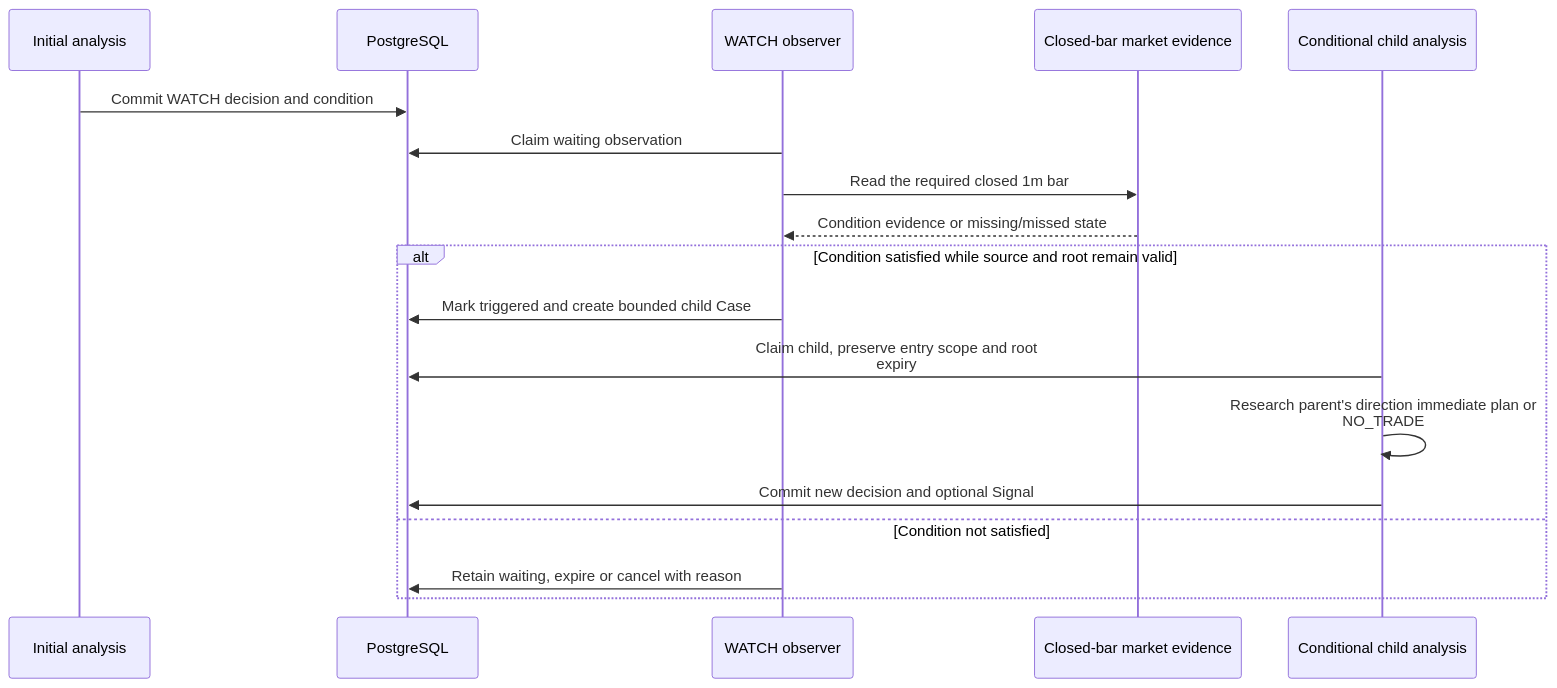
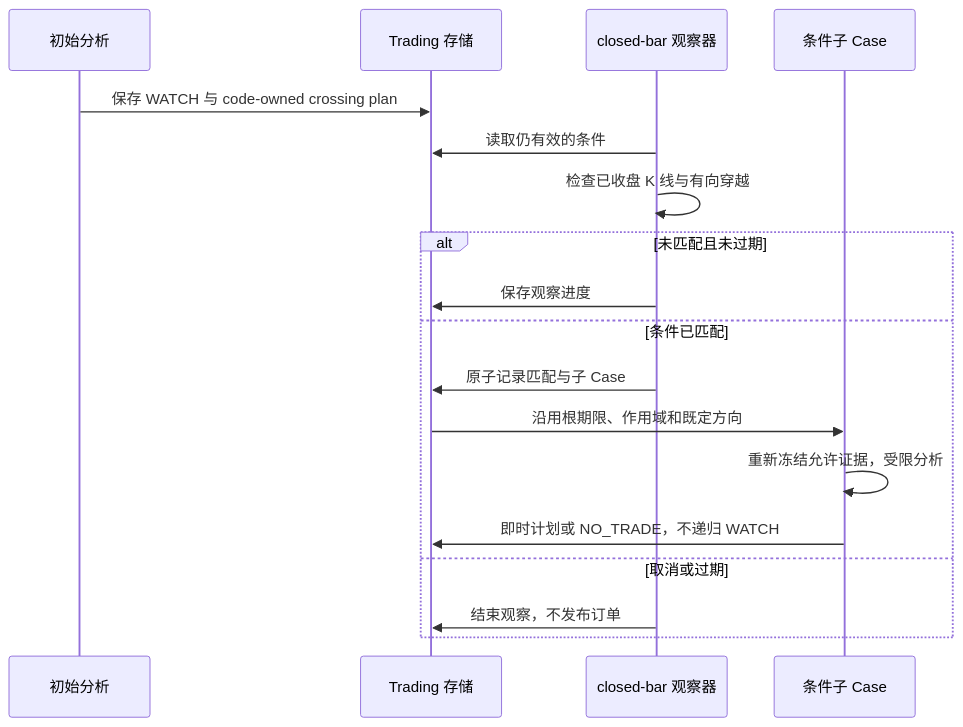
One commit to AnalyThothAI/tracefold changed the second of 2 diagrams in docs/modules/trading.md. Above: the diagram before and after it, drawn with Mermaid. The commit also changed other lines of this file and 28 other files, not shown here.

Commit message:
docs: rebuild the Chinese architecture and module handbook

````diff
--- a/docs/modules/trading.md
+++ b/docs/modules/trading.md
@@ -142,20 +117,20 @@
 ```mermaid
 sequenceDiagram
-    participant A as Initial analysis
-    participant D as PostgreSQL
-    participant W as WATCH observer
-    participant M as Closed-bar market evidence
-    participant C as Conditional child analysis
-    A->>D: Commit WATCH decision and condition
-    W->>D: Claim waiting observation
-    W->>M: Read the required closed 1m bar
-    M-->>W: Condition evidence or missing/missed state
-    alt Condition satisfied while source and root remain valid
-        W->>D: Mark triggered and create bounded child Case
-        C->>D: Claim child, preserve entry scope and root<br/>expiry
-        C->>C: Research parent's direction immediate plan or<br/>NO_TRADE
-        C->>D: Commit new decision and optional Signal
-    else Condition not satisfied
-        W->>D: Retain waiting, expire or cancel with reason
+    participant A as 初始分析
+    participant D as Trading 存储
+    participant W as closed-bar 观察器
+    participant C as 条件子 Case
+    A->>D: 保存 WATCH 与 code-owned crossing plan
+    W->>D: 读取仍有效的条件
+    W->>W: 检查已收盘 K 线与有向穿越
+    alt 未匹配且未过期
+        W->>D: 保存观察进度
+    else 条件已匹配
+        W->>D: 原子记录匹配与子 Case
+        D->>C: 沿用根期限、作用域和既定方向
+        C->>C: 重新冻结允许证据，受限分析
+        C->>D: 即时计划或 NO_TRADE，不递归 WATCH
+    else 取消或过期
+        W->>D: 结束观察，不发布订单
     end
 ```
````
